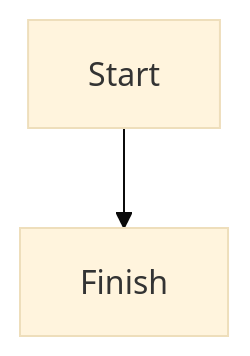
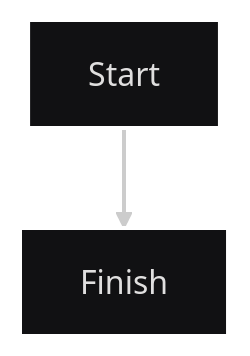
The diagram in skills/s-a-c-doc-tree-prefixes/SKILL.md (s-a-c/agent-skills), drawn with Mermaid before and after one commit. The commit also changed other lines of this file and 5 other files, not shown here.

````diff
--- a/skills/s-a-c-doc-tree-prefixes/SKILL.md
+++ b/skills/s-a-c-doc-tree-prefixes/SKILL.md
@@ -90,10 +100,10 @@
   ```mermaid
   ---
   config:
-    theme: base
+    theme: redux-dark-color
     themeVariables:
       fontSize: 16px
   ---
   flowchart TD
     start["Start"] --> finish["Finish"]
   ```
````
